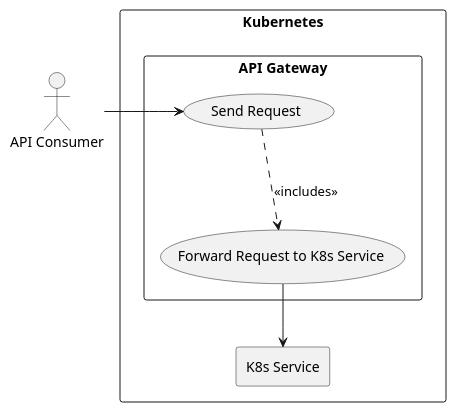
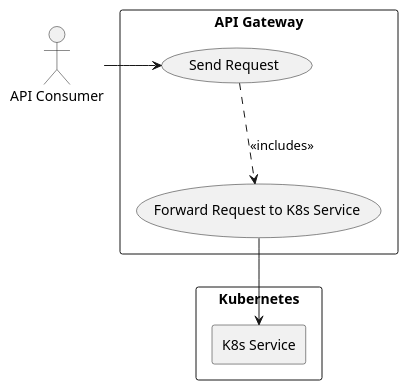
Before and after one commit to fanglores/Advanced-Software-Design: the diagram in General/UseCases/puml/1_uc_request_routing.puml, drawn with PlantUML. The commit also changed 10 other files, not shown here.

```diff
--- a/General/UseCases/puml/1_uc_request_routing.puml
+++ b/General/UseCases/puml/1_uc_request_routing.puml
@@ -1,18 +1,18 @@
 @startuml
 actor "API Consumer" as consumer
 
 rectangle "Kubernetes" as K8s {
   rectangle "K8s Service" as K8Service {
   }
+}
 
-  rectangle "API Gateway" as System {
-    usecase "Send Request" as uc1
-    usecase "Forward Request to K8s Service" as uc2
-  }
+rectangle "API Gateway" as System {
+  usecase "Send Request" as uc1
+  usecase "Forward Request to K8s Service" as uc2
 }
 
 consumer -R-> uc1
 uc1 ..> uc2 : <<includes>>
 uc2 --> K8Service
 
 @enduml
```
